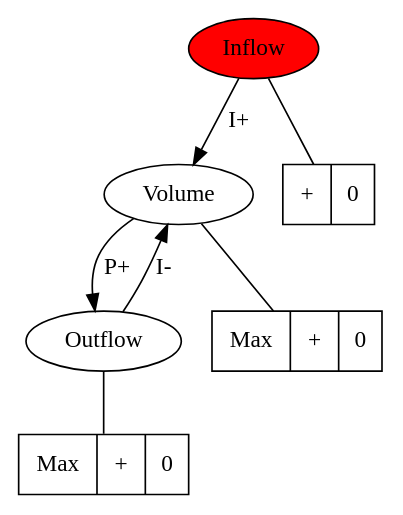
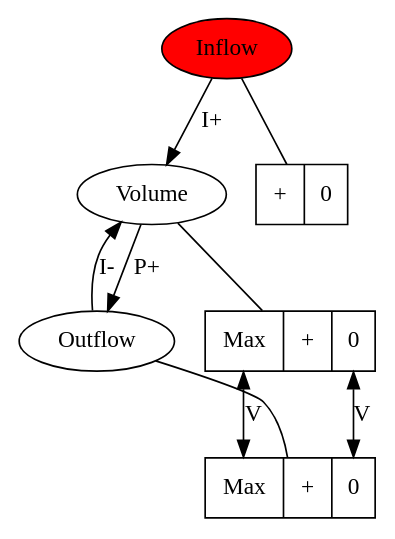
The diagram in causal_model.dot (tycho01/qualitative-reasoning), drawn with Graphviz before and after one commit.

Commit message:
made changes to incorporate bidirectional changes

```diff
--- a/causal_model.dot
+++ b/causal_model.dot
@@ -1,56 +1,58 @@
 digraph SINK
 {
     //Quantities
     Inflow [style=filled fillcolor=red];
     Volume;
     Outflow;
     // Pressure;
     // Height;
 
     // Magnitudes of Quantities
     mag_i [shape=record, label="<f0> +|<f1> 0"];
     mag_v [shape=record,label="<f0> Max|<f1> +|<f2> 0"];
     mag_o [shape=record,label="<f0> Max|<f1> +|<f2> 0"];
     // mag_p [shape=record,label="<f0> Max|<f1> +|<f2> 0"];
     // mag_h [shape=record,label="<f0> Max|<f1> +|<f2> 0"];
 
     // Derivatives of Quantities
     // der_i [shape=circle label="+\n0\n-"];
     // der_v [shape=circle label="+\n0\n-"];
     // der_o [shape=circle label="+\n0\n-"];
     // der_p [shape=circle label="+\n0\n-"];
     // der_h [shape=circle label="+\n0\n-"];
 
     // For Undirected Edges
     subgraph SG1
     {
         edge [dir=none]
 
         Inflow -> mag_i; 
         Volume -> mag_v; 
         Outflow -> mag_o; 
         // Pressure -> mag_p; 
         // Height -> mag_h;
 
         // Inflow -> der_i;
         // Volume -> der_v;
         // Outflow -> der_o;
         // Pressure -> der_p;
         // Height -> der_h;
     }
 
     // For Directed Edges
     subgraph SG2
     {
         Inflow -> Volume [label="I+"];
         Outflow -> Volume [label="I-"];
         Volume -> Outflow [label="P+"];
+        mag_v : f0 -> mag_o : f0 [label="V", dir="both"]
+        mag_v : f2 -> mag_o : f2 [label="V", dir="both"]
         // Volume -> Height [label="P+"];
         // Height -> Pressure [label="P+"];
         // Pressure -> Outflow [label="P+"];
     
         // mag_v: f0 -> mag_h : f0 [label="V"]; mag_v: f2 -> mag_h : f2 [label="V"];
         // mag_h: f0 -> mag_p : f0 [label="V"]; mag_h: f2 -> mag_p : f2 [label="V"];
         // mag_p: f0 -> mag_o : f0 [label="V"]; mag_p: f2 -> mag_o : f2 [label="V"];
     }
 }
```
